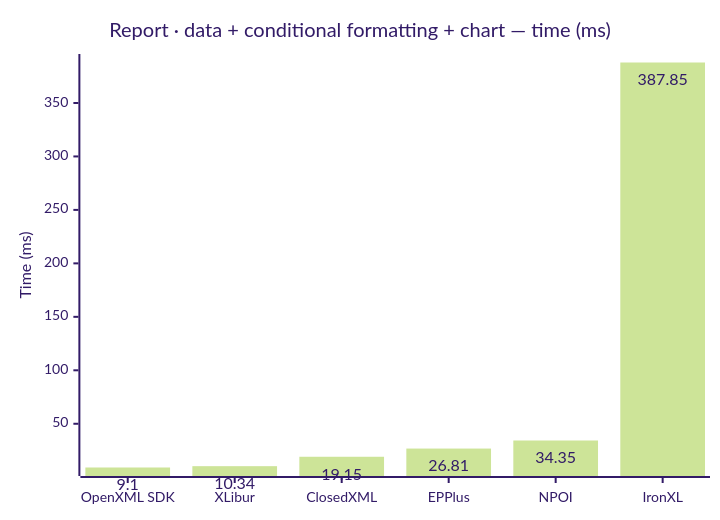
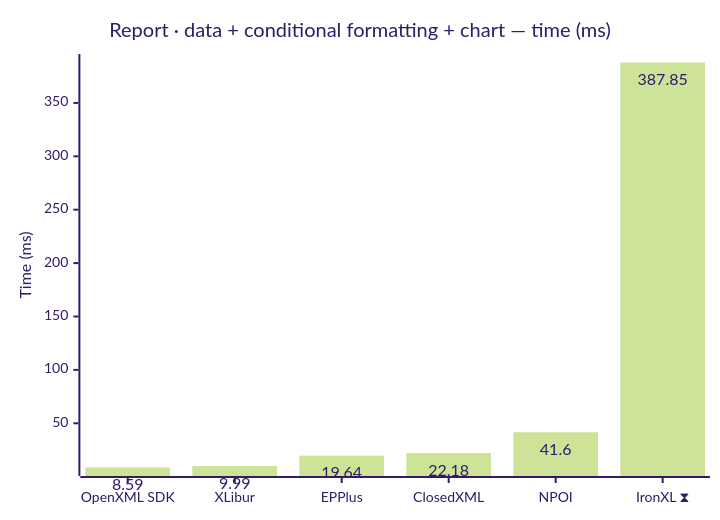
Before and after one commit to jafin/XLBench: the seventh of 12 diagrams in docs/results.md, drawn with Mermaid (forest theme). The commit also changed other lines of this file and 3 other files, not shown here.

````diff
--- a/docs/results.md
+++ b/docs/results.md
@@ -113,12 +117,12 @@
 ```mermaid
 ---
 config:
   xyChart:
     showDataLabel: true
 ---
 xychart-beta
     title "Report · data + conditional formatting + chart — time (ms)"
-    x-axis ["OpenXML SDK", "XLibur", "ClosedXML", "EPPlus", "NPOI", "IronXL"]
+    x-axis ["OpenXML SDK", "XLibur", "EPPlus", "ClosedXML", "NPOI", "IronXL ⧗"]
     y-axis "Time (ms)"
-    bar [9.1, 10.34, 19.15, 26.81, 34.35, 387.85]
+    bar [8.59, 9.99, 19.64, 22.18, 41.6, 387.85]
 ```
````
